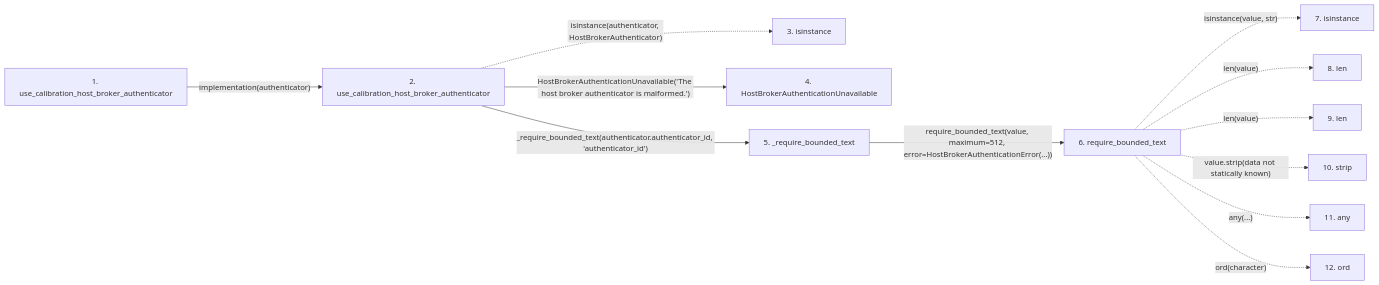
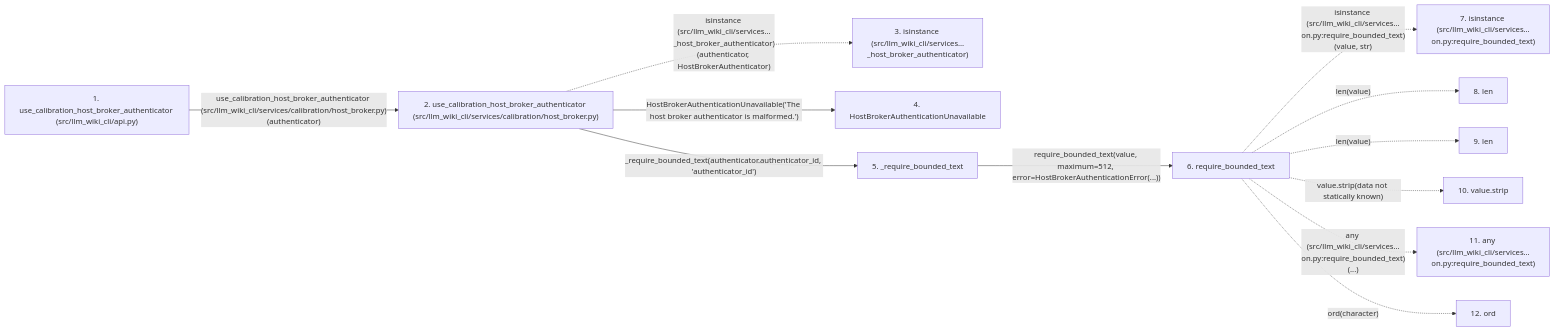
One commit to Denissvgn/python-wiki-llm changed the second of 2 diagrams in docs/llm_wiki/flows/api-use_calibration_host_broker_authenticator-api.md. Above: the diagram before and after it, drawn with Mermaid. The commit also changed other lines of this file and 719 other files, not shown here.

````diff
--- a/docs/llm_wiki/flows/api-use_calibration_host_broker_authenticator-api.md
+++ b/docs/llm_wiki/flows/api-use_calibration_host_broker_authenticator-api.md
@@ -70,31 +75,31 @@
 ```mermaid
 flowchart LR
-    s1["1. use_calibration_host_broker_authenticator"]
-    s2["2. use_calibration_host_broker_authenticator"]
-    s3["3. isinstance"]
+    s1["1. use_calibration_host_broker_authenticator (src/llm_wiki_cli/api.py)"]
+    s2["2. use_calibration_host_broker_authenticator (src/llm_wiki_cli/services/calibration/host_broker.py)"]
+    s3["3. isinstance (src/llm_wiki_cli/services…_host_broker_authenticator)"]
     s4["4. HostBrokerAuthenticationUnavailable"]
     s5["5. _require_bounded_text"]
     s6["6. require_bounded_text"]
-    s7["7. isinstance"]
+    s7["7. isinstance (src/llm_wiki_cli/services…on.py:require_bounded_text)"]
     s8["8. len"]
     s9["9. len"]
-    s10["10. strip"]
-    s11["11. any"]
+    s10["10. value.strip"]
+    s11["11. any (src/llm_wiki_cli/services…on.py:require_bounded_text)"]
     s12["12. ord"]
-    s1 -->|"implementation(authenticator)"| s2
-    s2 -. "isinstance(authenticator, HostBrokerAuthenticator)" .-> s3
+    s1 -->|"use_calibration_host_broker_authenticator (src/llm_wiki_cli/services/calibration/host_broker.py)(authenticator)"| s2
+    s2 -. "isinstance (src/llm_wiki_cli/services…_host_broker_authenticator)(authenticator, HostBrokerAuthenticator)" .-> s3
     s2 -->|"HostBrokerAuthenticationUnavailable('The host broker authenticator is malformed.')"| s4
     s2 -->|"_require_bounded_text(authenticator.authenticator_id, 'authenticator_id')"| s5
     s5 -->|"require_bounded_text(value, maximum=512, error=HostBrokerAuthenticationError(...))"| s6
-    s6 -. "isinstance(value, str)" .-> s7
+    s6 -. "isinstance (src/llm_wiki_cli/services…on.py:require_bounded_text)(value, str)" .-> s7
     s6 -. "len(value)" .-> s8
     s6 -. "len(value)" .-> s9
     s6 -. "value.strip(data not statically known)" .-> s10
-    s6 -. "any(...)" .-> s11
+    s6 -. "any (src/llm_wiki_cli/services…on.py:require_bounded_text)(...)" .-> s11
     s6 -. "ord(character)" .-> s12
     click s1 "../modules/api.md"
     click s2 "../modules/host_broker.md"
     click s4 "../modules/host_broker.md"
     click s5 "../modules/host_broker.md"
     click s6 "../modules/validation.md"
 ```
````
